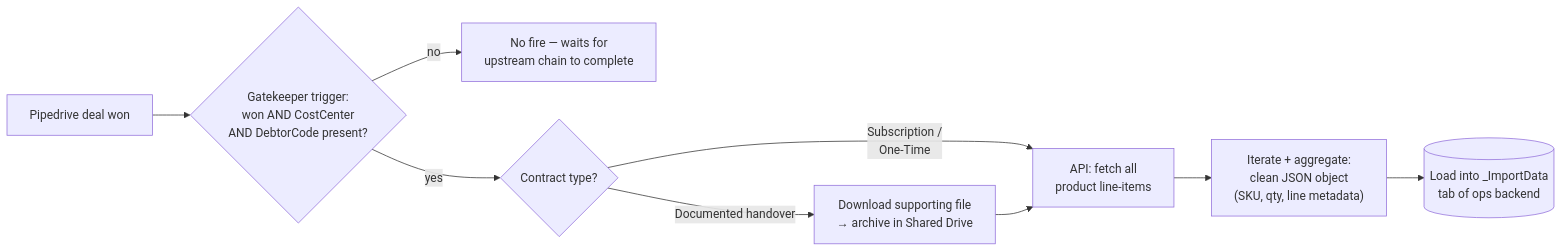
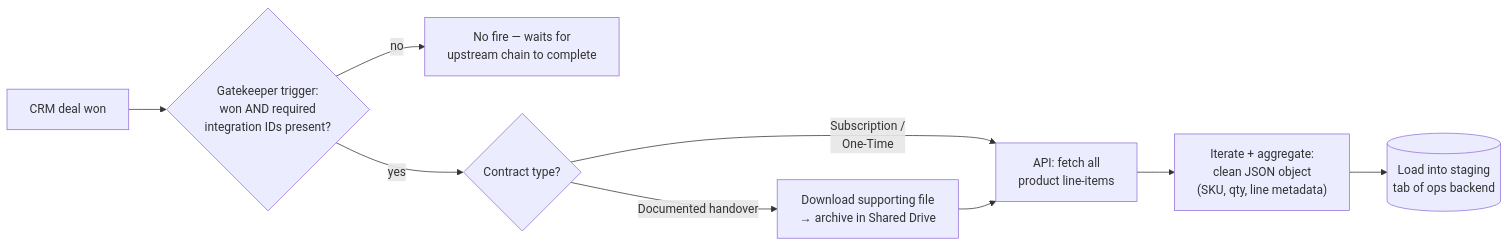
One commit to MatthiasBusscher/automation-portfolio changed the diagram in case-studies/17-sales-to-ops-etl.md. Above: the diagram before and after it, drawn with Mermaid. The commit also changed other lines of this file and 16 other files, not shown here.

````diff
--- a/case-studies/17-sales-to-ops-etl.md
+++ b/case-studies/17-sales-to-ops-etl.md
@@ -13,11 +13,11 @@
 ```mermaid
 flowchart LR
-    PD["Pipedrive deal won"] --> GATE{"Gatekeeper trigger:<br/>won AND CostCenter<br/>AND DebtorCode present?"}
+    PD["CRM deal won"] --> GATE{"Gatekeeper trigger:<br/>won AND required<br/>integration IDs present?"}
     GATE -- no --> WAIT["No fire — waits for<br/>upstream chain to complete"]
     GATE -- yes --> ROUTE{"Contract type?"}
     ROUTE -- "Subscription /<br/>One-Time" --> EXTRACT["API: fetch all<br/>product line-items"]
     ROUTE -- "Documented handover" --> FILE["Download supporting file<br/>→ archive in Shared Drive"]
     FILE --> EXTRACT
     EXTRACT --> TRANSFORM["Iterate + aggregate:<br/>clean JSON object<br/>(SKU, qty, line metadata)"]
-    TRANSFORM --> LOAD[("Load into _ImportData<br/>tab of ops backend")]
+    TRANSFORM --> LOAD[("Load into staging<br/>tab of ops backend")]
 ```
````
